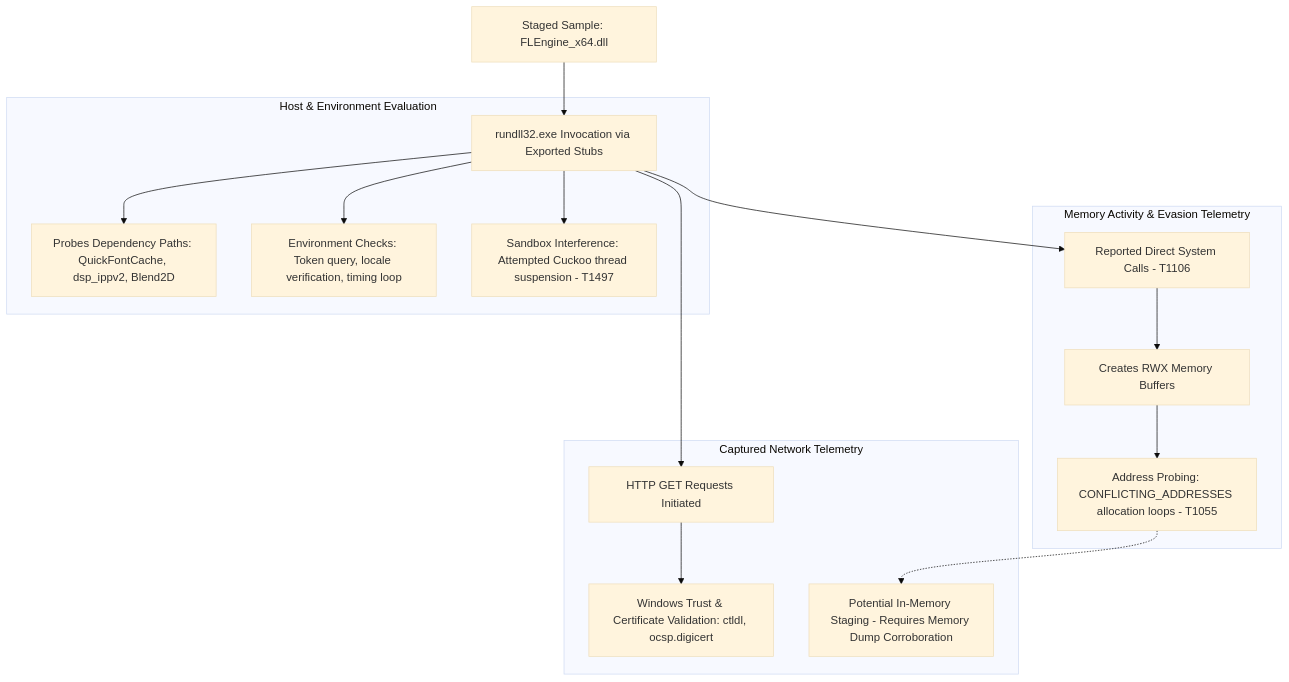
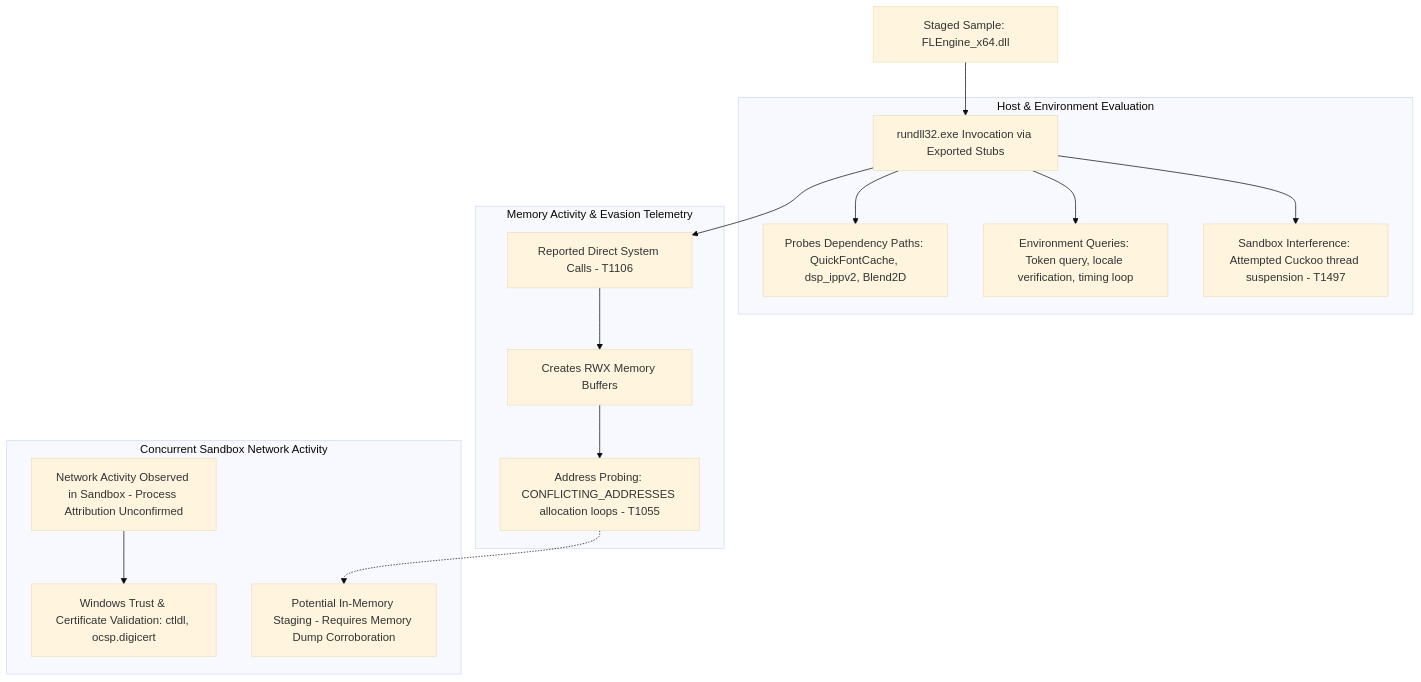
Before and after one commit to Hasslius/flengine-loader-threat-analysis: the diagram in README.md, drawn with Mermaid (base theme). The commit also changed other lines of this file, not shown here.

````diff
--- a/README.md
+++ b/README.md
@@ -54,22 +54,21 @@
 ```mermaid
 graph TD
     A[Staged Sample: FLEngine_x64.dll] --> B[rundll32.exe Invocation via Exported Stubs]
     
     subgraph Host & Environment Evaluation
         B --> C[Probes Dependency Paths: QuickFontCache, dsp_ippv2, Blend2D]
-        B --> D[Environment Checks: Token query, locale verification, timing loop]
+        B --> D[Environment Queries: Token query, locale verification, timing loop]
         B --> E[Sandbox Interference: Attempted Cuckoo thread suspension - T1497]
     end
 
     subgraph Memory Activity & Evasion Telemetry
         B --> F[Reported Direct System Calls - T1106]
         F --> G[Creates RWX Memory Buffers]
         G --> H[Address Probing: CONFLICTING_ADDRESSES allocation loops - T1055]
     end
 
-    subgraph Captured Network Telemetry
-        B --> I[HTTP GET Requests Initiated]
-        I --> J[Windows Trust & Certificate Validation: ctldl, ocsp.digicert]
+    subgraph Concurrent Sandbox Network Activity
+        I[Network Activity Observed in Sandbox - Process Attribution Unconfirmed] --> J[Windows Trust & Certificate Validation: ctldl, ocsp.digicert]
         H -.-> K[Potential In-Memory Staging - Requires Memory Dump Corroboration]
     end
 ```
````
